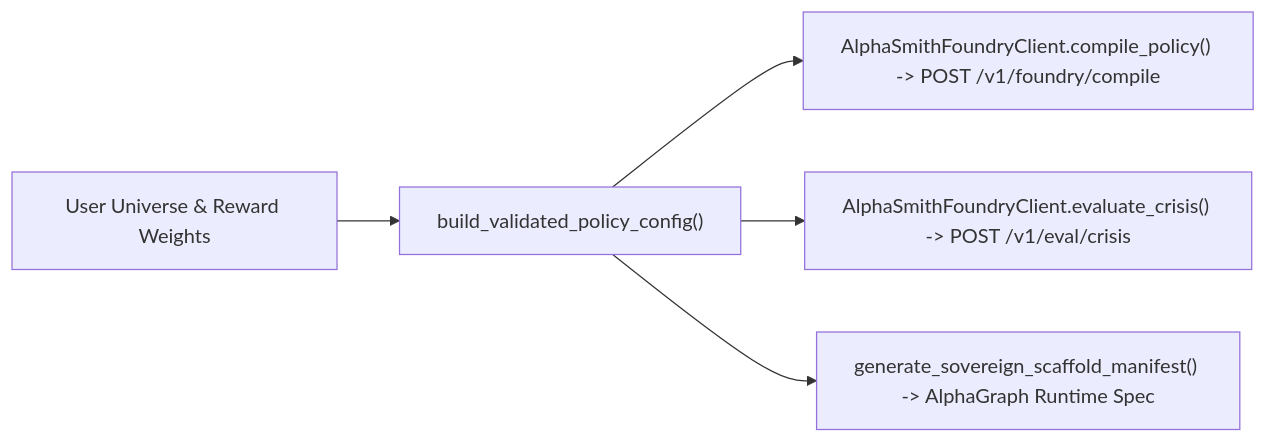
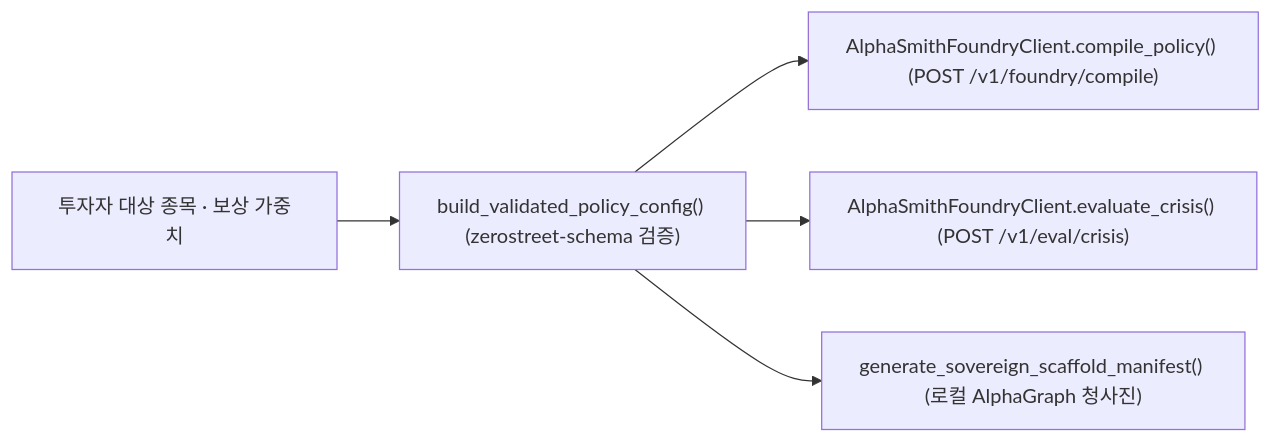
Before and after one commit to zerostreet/zerostreet-mcp: the diagram in openwiki/workflows/foundry-mcp-scaffolding.md, drawn with Mermaid. The commit also changed other lines of this file and 13 other files, not shown here.

````diff
--- a/openwiki/workflows/foundry-mcp-scaffolding.md
+++ b/openwiki/workflows/foundry-mcp-scaffolding.md
@@ -56,7 +47,7 @@
 ```mermaid
 flowchart LR
-    USR["User Universe & Reward Weights"] --> VAL["build_validated_policy_config()"]
-    VAL --> COMP["AlphaSmithFoundryClient.compile_policy() -> POST /v1/foundry/compile"]
-    VAL --> EVAL["AlphaSmithFoundryClient.evaluate_crisis() -> POST /v1/eval/crisis"]
-    VAL --> MANI["generate_sovereign_scaffold_manifest() -> AlphaGraph Runtime Spec"]
+    USR["투자자 대상 종목 · 보상 가중치"] --> VAL["build_validated_policy_config() (zerostreet-schema 검증)"]
+    VAL --> COMP["AlphaSmithFoundryClient.compile_policy() (POST /v1/foundry/compile)"]
+    VAL --> EVAL["AlphaSmithFoundryClient.evaluate_crisis() (POST /v1/eval/crisis)"]
+    VAL --> MANI["generate_sovereign_scaffold_manifest() (로컬 AlphaGraph 청사진)"]
 ```
````
